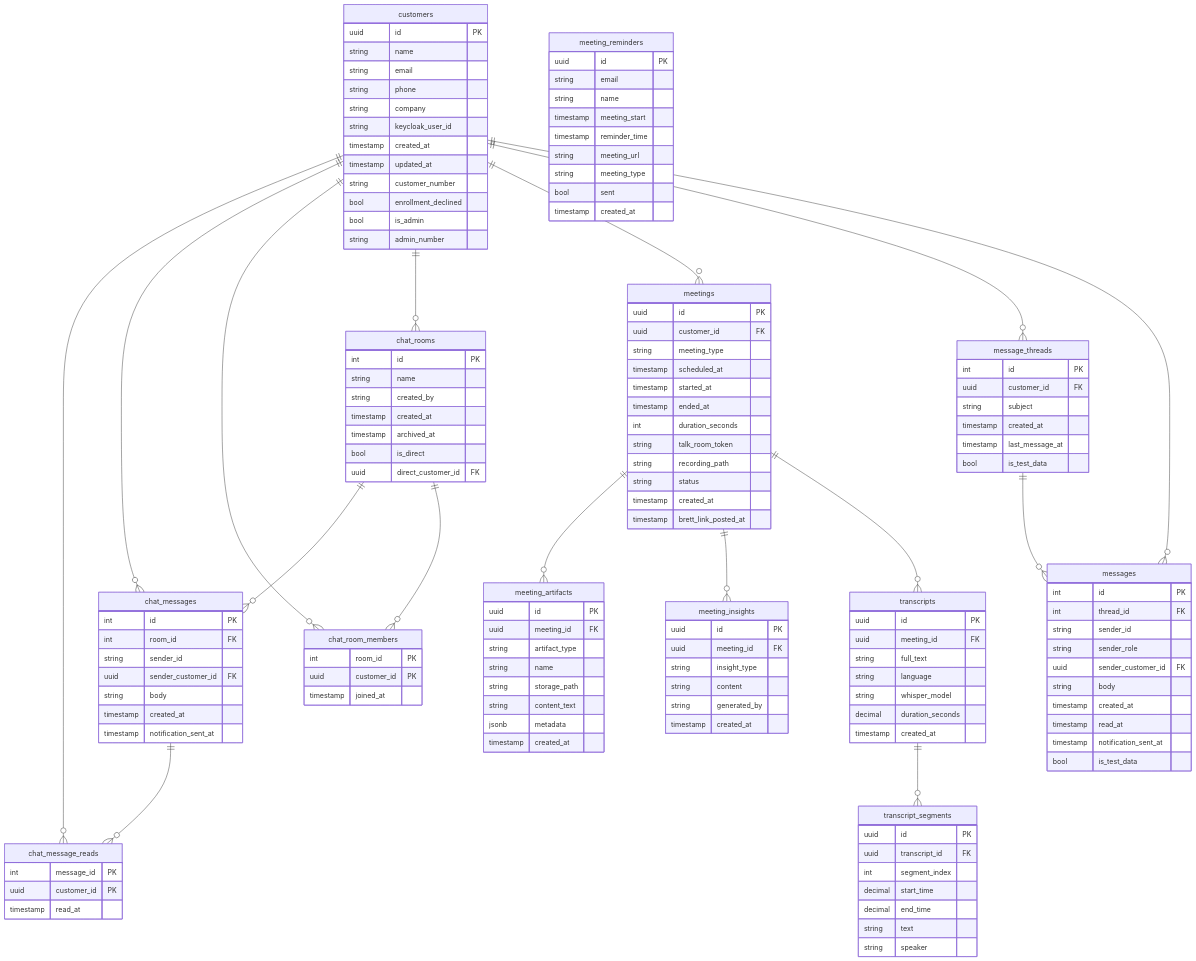
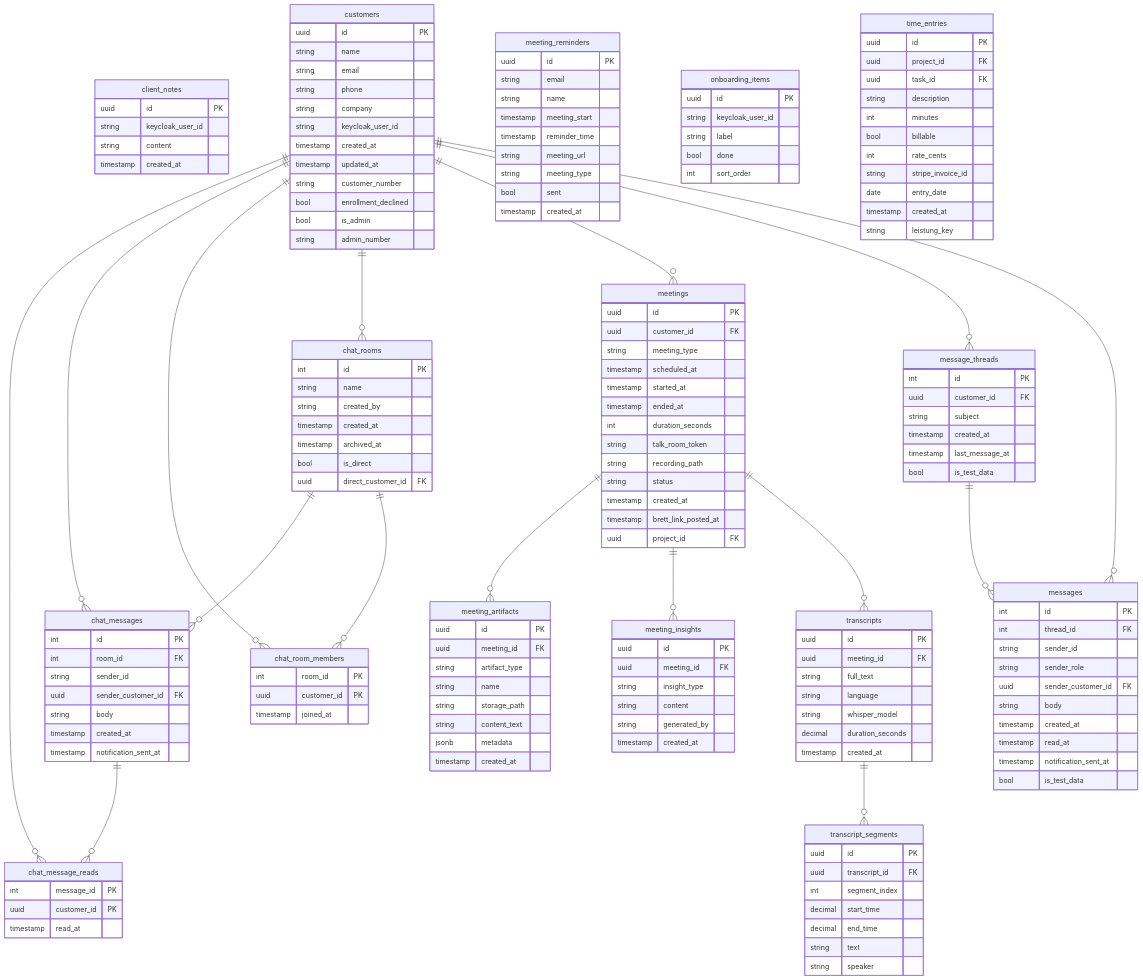
Before and after one commit to Paddione/Bachelorprojekt: the first of 8 diagrams in docs/db-schema-diagram.md, drawn with Mermaid. The commit also changed other lines of this file and 32 other files, not shown here.

```diff
--- a/docs/db-schema-diagram.md
+++ b/docs/db-schema-diagram.md
@@ -46,6 +46,12 @@
     timestamp archived_at
     bool is_direct
     uuid direct_customer_id FK
+  }
+  client_notes {
+    uuid id PK
+    string keycloak_user_id
+    string content
+    timestamp created_at
   }
   customers {
     uuid id PK
@@ -103,6 +109,7 @@
     string status
     timestamp created_at
     timestamp brett_link_posted_at
+    uuid project_id FK
   }
   message_threads {
     int id PK
@@ -123,6 +130,26 @@
     timestamp read_at
     timestamp notification_sent_at
     bool is_test_data
+  }
+  onboarding_items {
+    uuid id PK
+    string keycloak_user_id
+    string label
+    bool done
+    int sort_order
+  }
+  time_entries {
+    uuid id PK
+    uuid project_id FK
+    uuid task_id FK
+    string description
+    int minutes
+    bool billable
+    int rate_cents
+    string stripe_invoice_id
+    date entry_date
+    timestamp created_at
+    string leistung_key
   }
   transcript_segments {
     uuid id PK
```
